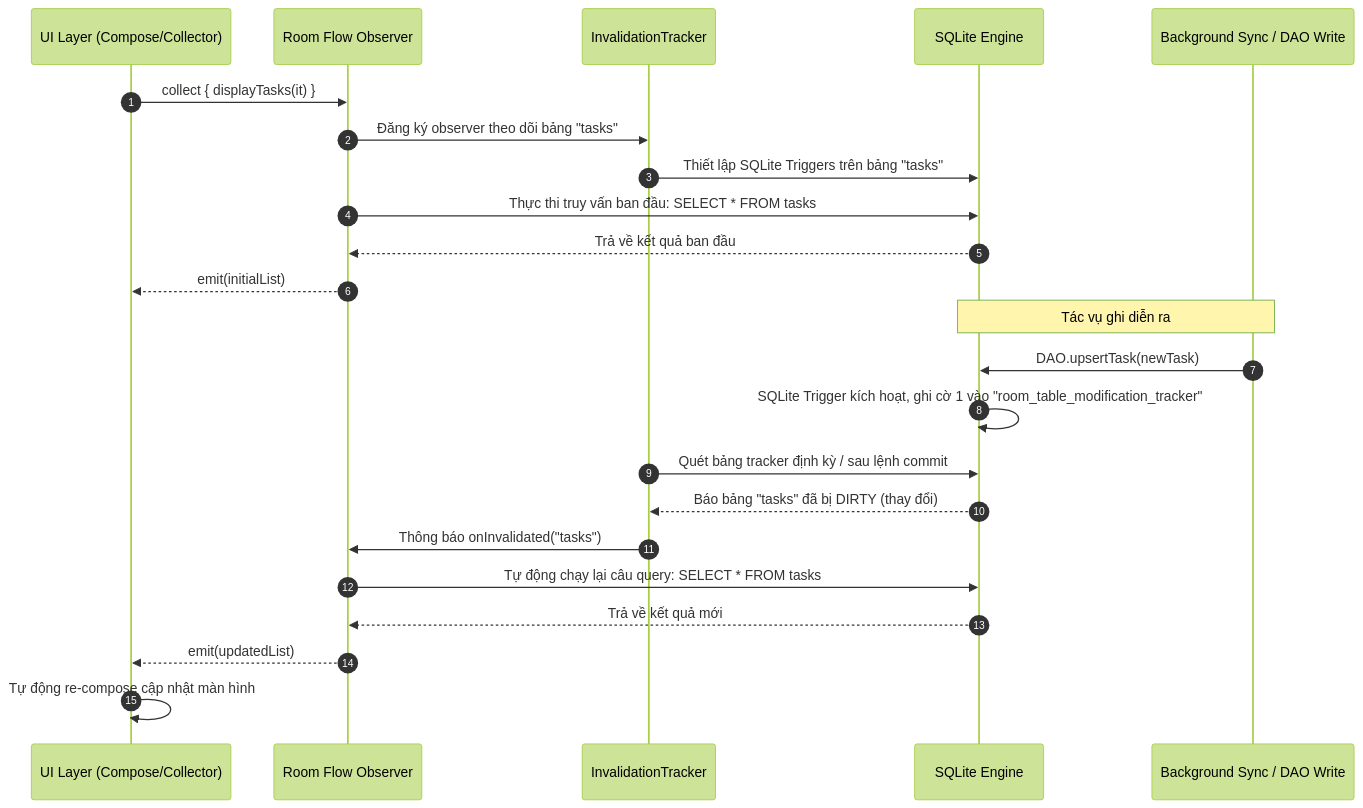
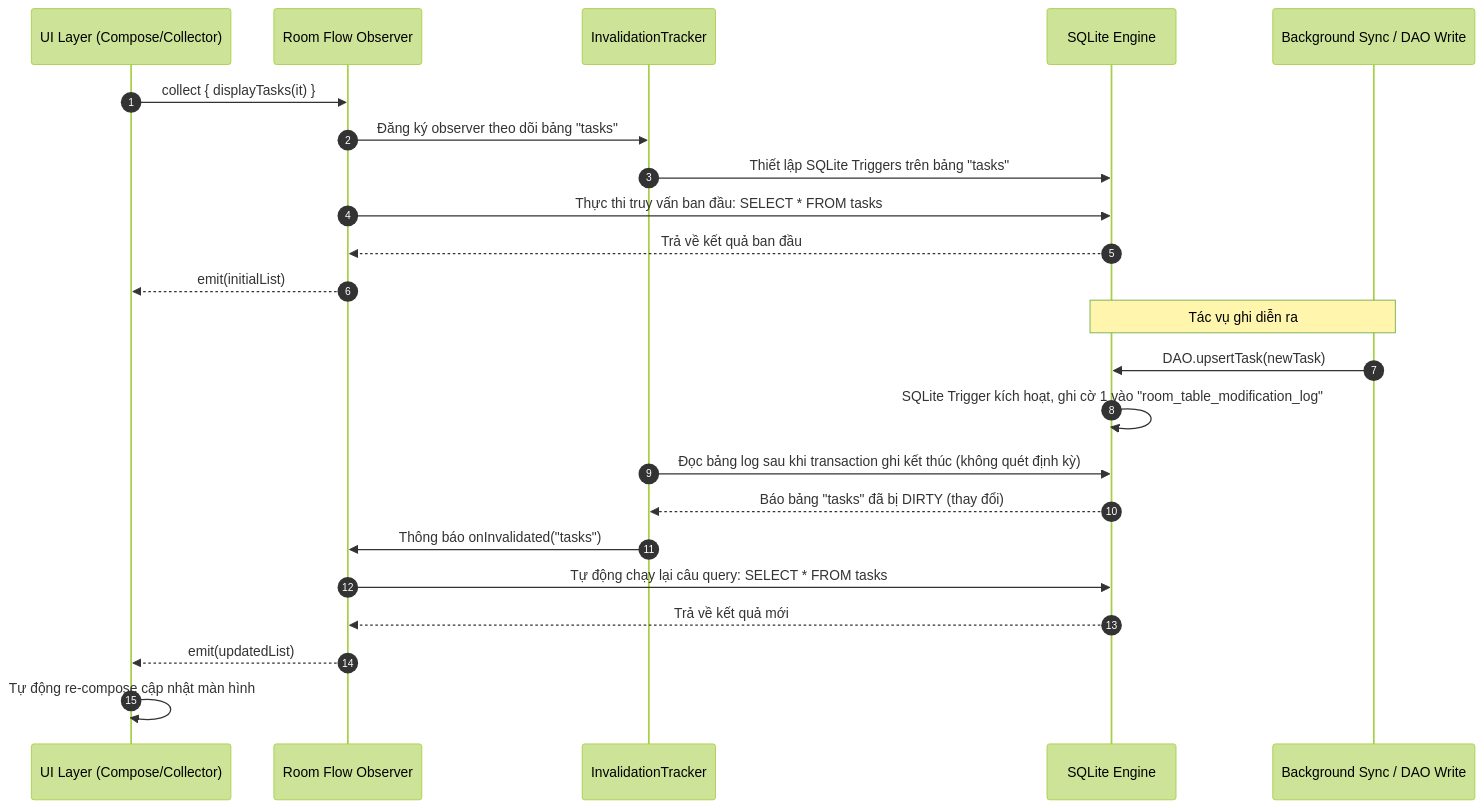
The third of 5 diagrams in knowledge/android/docs/session_05/data_store/room_architecture.md (h1eu/knowledge), drawn with Mermaid (forest theme) before and after one commit. The commit also changed other lines of this file and 76 other files, not shown here.

First line of the commit message:
docs(android): add Compose Overview, fix S01–S05 facts and diagrams

````diff
--- a/knowledge/android/docs/session_05/data_store/room_architecture.md
+++ b/knowledge/android/docs/session_05/data_store/room_architecture.md
@@ -550,29 +586,29 @@
 ```mermaid
 sequenceDiagram
     autonumber
     participant UI as UI Layer (Compose/Collector)
     participant Flow as Room Flow Observer
     participant Tracker as InvalidationTracker
     participant DB as SQLite Engine
     participant Writer as Background Sync / DAO Write
 
     UI->>Flow: collect { displayTasks(it) }
     Flow->>Tracker: Đăng ký observer theo dõi bảng "tasks"
     Tracker->>DB: Thiết lập SQLite Triggers trên bảng "tasks"
     Flow->>DB: Thực thi truy vấn ban đầu: SELECT * FROM tasks
     DB-->>Flow: Trả về kết quả ban đầu
     Flow-->>UI: emit(initialList)
 
     Note over Writer, DB: Tác vụ ghi diễn ra
     Writer->>DB: DAO.upsertTask(newTask)
-    DB->>DB: SQLite Trigger kích hoạt, ghi cờ 1 vào "room_table_modification_tracker"
+    DB->>DB: SQLite Trigger kích hoạt, ghi cờ 1 vào "room_table_modification_log"
     
-    Tracker->>DB: Quét bảng tracker định kỳ / sau lệnh commit
+    Tracker->>DB: Đọc bảng log sau khi transaction ghi kết thúc (không quét định kỳ)
     DB-->>Tracker: Báo bảng "tasks" đã bị DIRTY (thay đổi)
     Tracker->>Flow: Thông báo onInvalidated("tasks")
     
     Flow->>DB: Tự động chạy lại câu query: SELECT * FROM tasks
     DB-->>Flow: Trả về kết quả mới
     Flow-->>UI: emit(updatedList)
     UI->>UI: Tự động re-compose cập nhật màn hình
 ```
````
